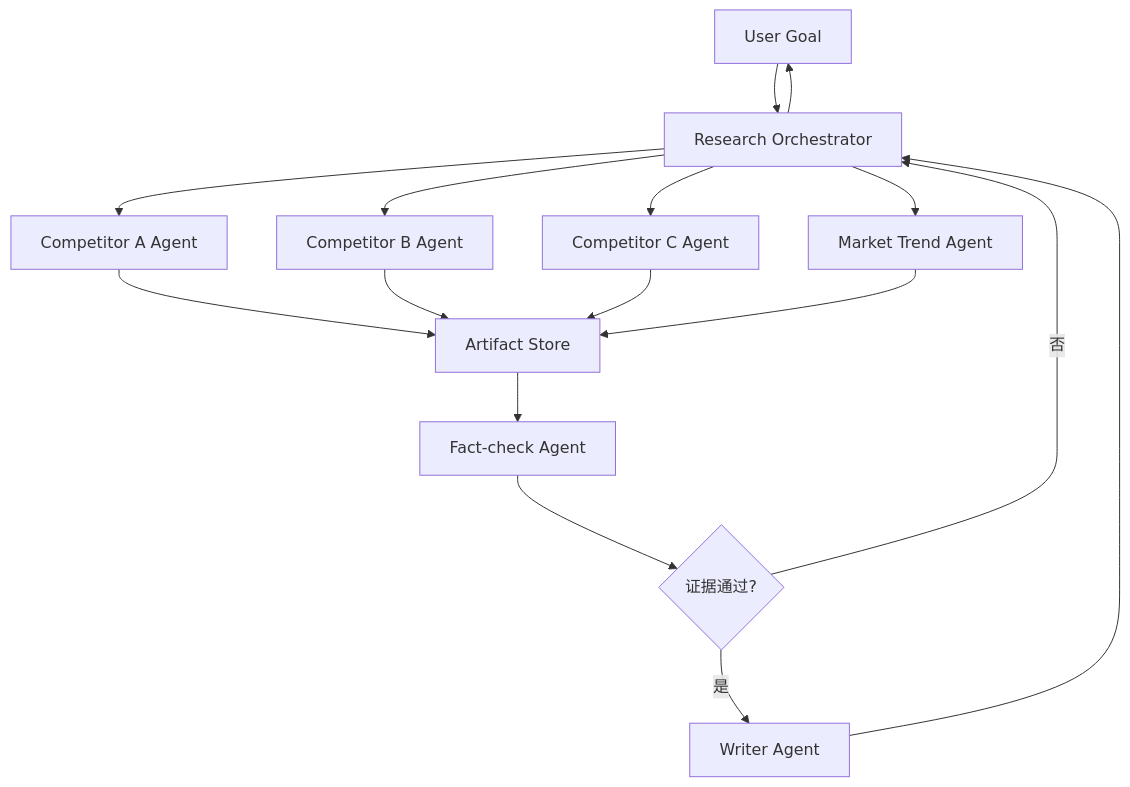
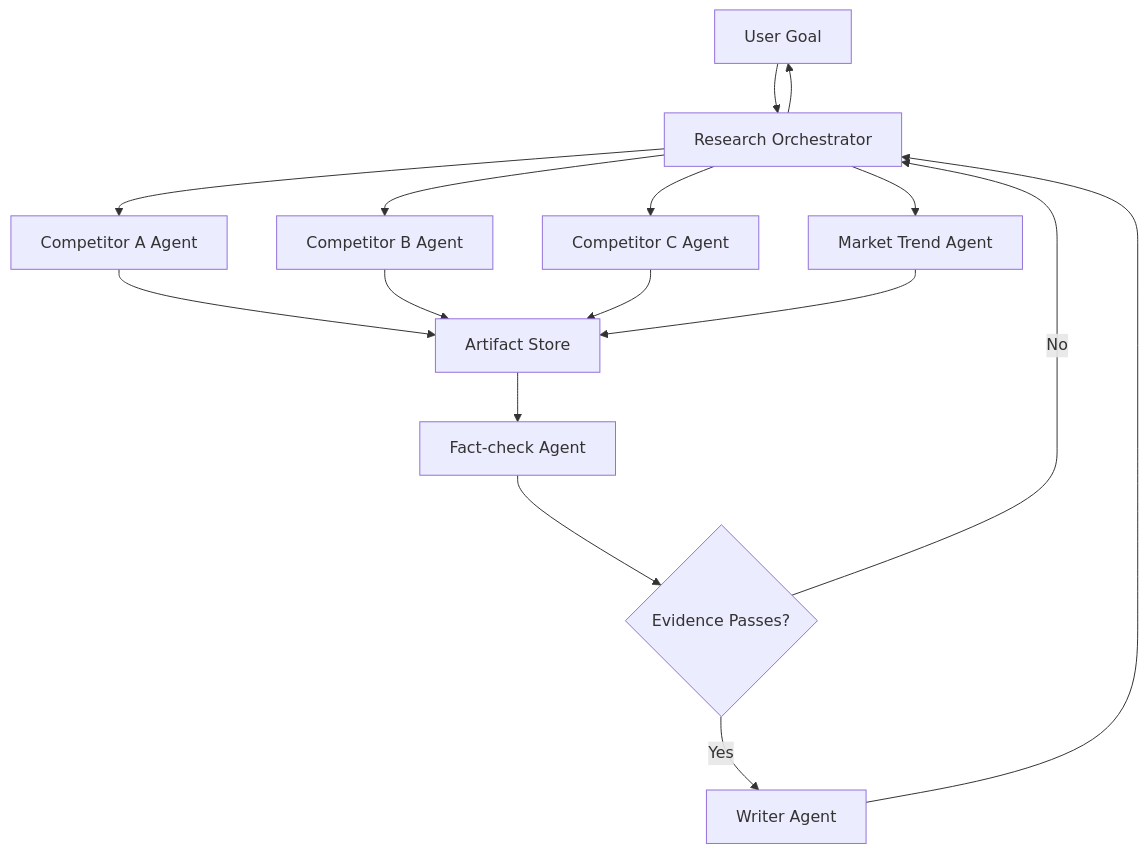
Diagram 18 of 19 in docs/agent/04-multi-agent/09-single-vs-multi-agent.md (oneleaveknowsthefall/awesome-ai-roadmap), drawn with Mermaid before and after one commit. The commit also changed other lines of this file and 68 other files, not shown here.

````diff
--- a/docs/agent/04-multi-agent/09-single-vs-multi-agent.md
+++ b/docs/agent/04-multi-agent/09-single-vs-multi-agent.md
@@ -1017,20 +1023,20 @@
 ```mermaid
 flowchart TB
     U[User Goal] --> O[Research Orchestrator]
     O --> A[Competitor A Agent]
     O --> B[Competitor B Agent]
     O --> C[Competitor C Agent]
     O --> T[Market Trend Agent]
 
     A --> STORE[Artifact Store]
     B --> STORE
     C --> STORE
     T --> STORE
 
     STORE --> F[Fact-check Agent]
-    F --> V{证据通过?}
-    V -->|否| O
-    V -->|是| W[Writer Agent]
+    F --> V{Evidence Passes?}
+    V -->|No| O
+    V -->|Yes| W[Writer Agent]
     W --> O
     O --> U
 ```
````
